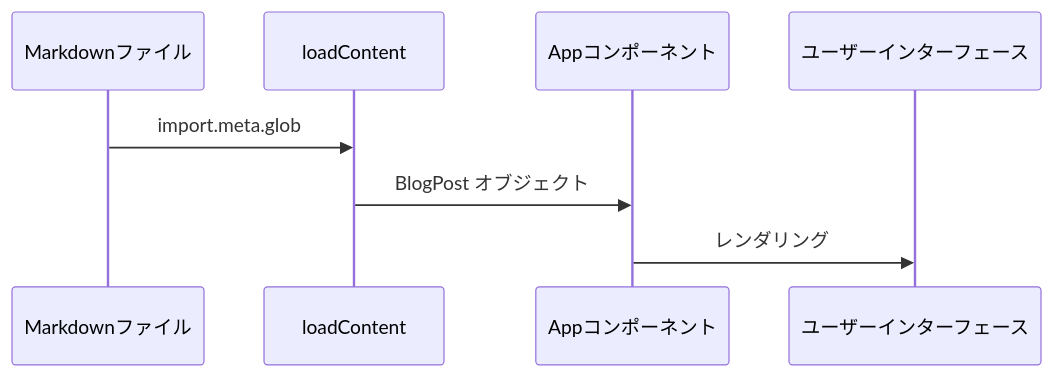
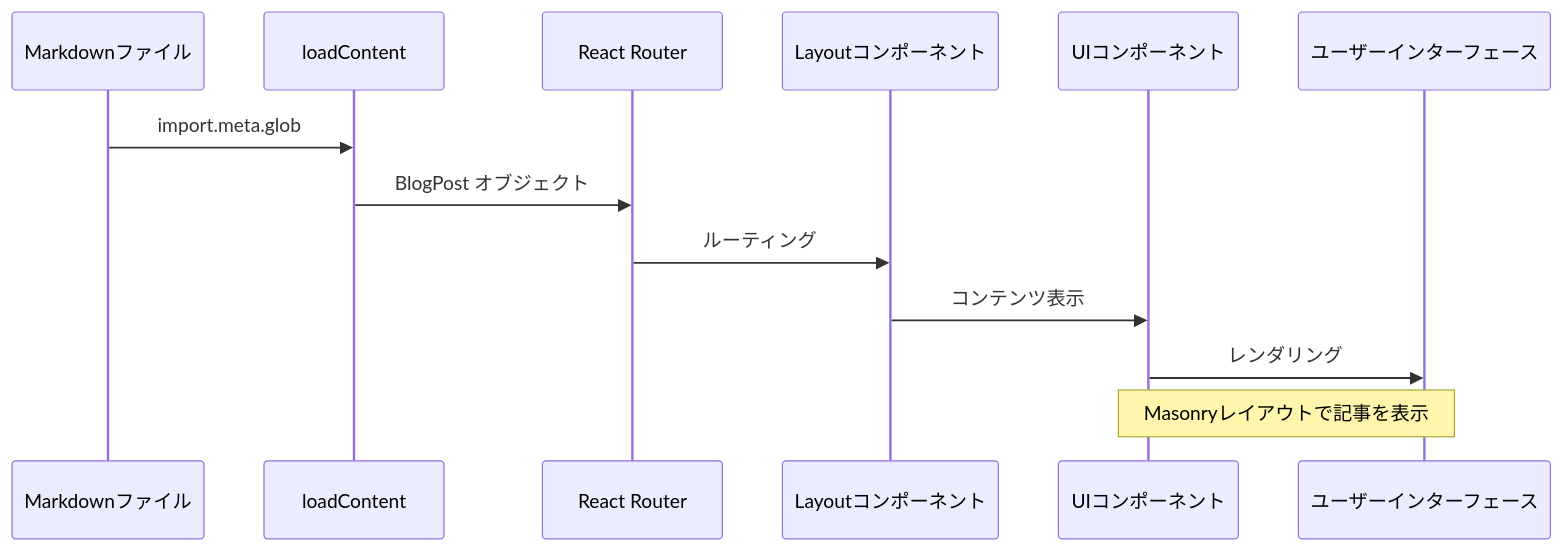
The second of 2 diagrams in memory-bank/systemPatterns.md (u1-mas/u1f991-blog), drawn with Mermaid before and after one commit. The commit also changed other lines of this file and 3 other files, not shown here.

````diff
--- a/memory-bank/systemPatterns.md
+++ b/memory-bank/systemPatterns.md
@@ -48,11 +65,17 @@
 ```mermaid
 sequenceDiagram
     participant MD as Markdownファイル
     participant Loader as loadContent
-    participant App as Appコンポーネント
+    participant Router as React Router
+    participant Layout as Layoutコンポーネント
+    participant Components as UIコンポーネント
     participant UI as ユーザーインターフェース
 
     MD->>Loader: import.meta.glob
-    Loader->>App: BlogPost オブジェクト
-    App->>UI: レンダリング
+    Loader->>Router: BlogPost オブジェクト
+    Router->>Layout: ルーティング
+    Layout->>Components: コンテンツ表示
+    Components->>UI: レンダリング
+
+    Note over Components,UI: Masonryレイアウトで記事を表示
 ```
````
